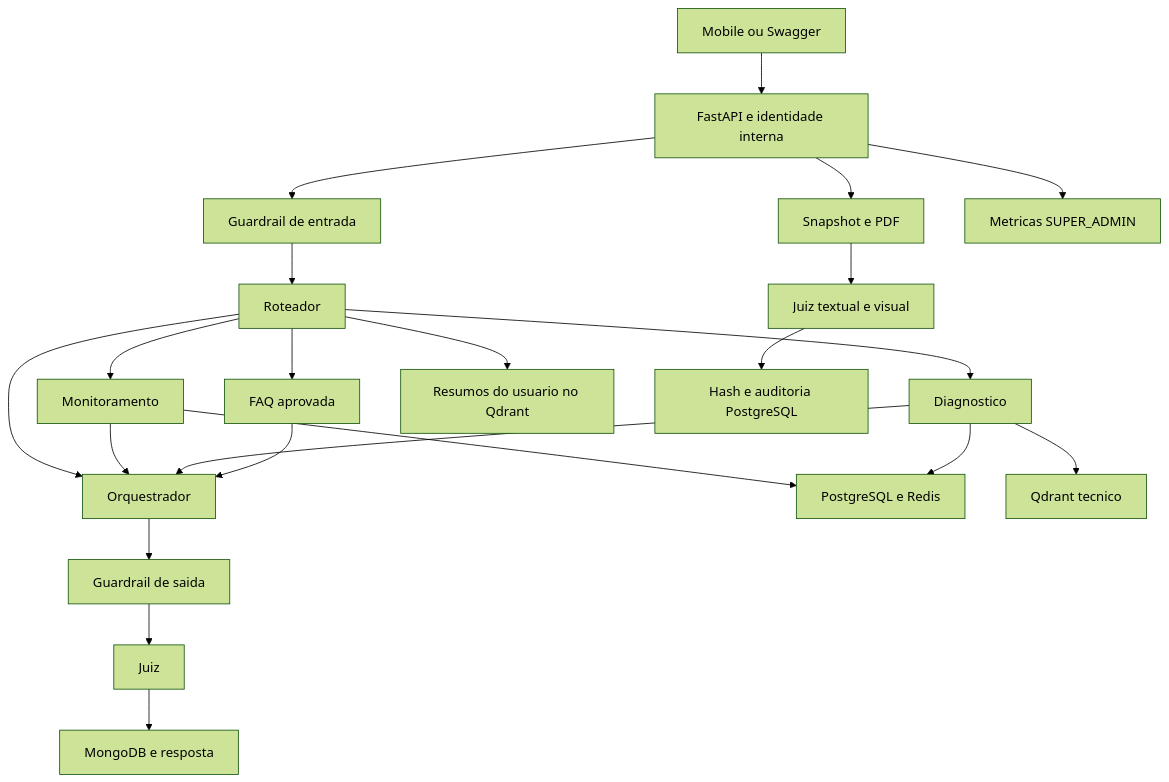
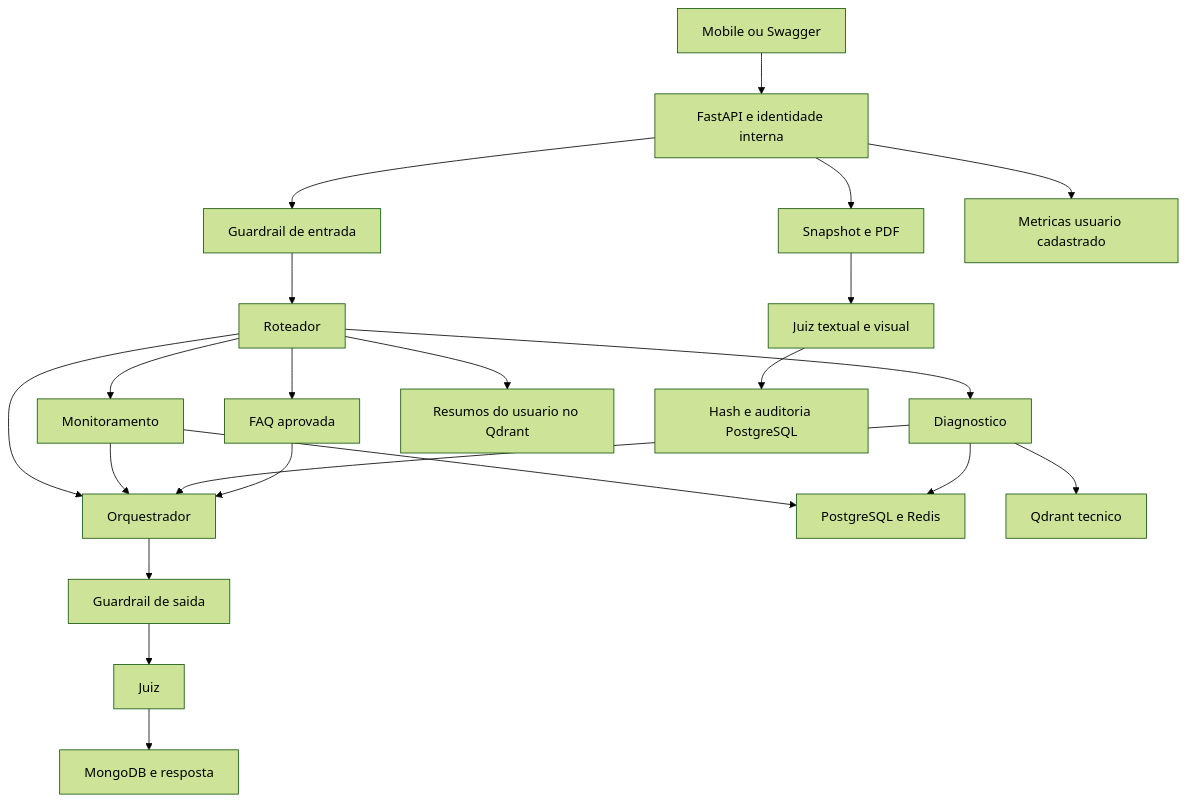
The diagram in TRIMMY.md (Skadi-Interdisciplinar/2_ano_back_ia), drawn with Mermaid (forest theme) before and after one commit. The commit also changed other lines of this file and 3 other files, not shown here.

````diff
--- a/TRIMMY.md
+++ b/TRIMMY.md
@@ -45,24 +45,24 @@
 ```mermaid
 flowchart TD
   Cliente["Mobile ou Swagger"] --> API["FastAPI e identidade interna"]
   API --> Entrada["Guardrail de entrada"]
   Entrada --> Roteador["Roteador"]
   Roteador --> Monitoramento["Monitoramento"]
   Roteador --> Diagnostico["Diagnostico"]
   Roteador --> FAQ["FAQ aprovada"]
   Roteador --> Orquestrador["Orquestrador"]
   Monitoramento --> Orquestrador
   Diagnostico --> Orquestrador
   FAQ --> Orquestrador
   Orquestrador --> Saida["Guardrail de saida"]
   Saida --> Juiz["Juiz"]
   Juiz --> Persistencia["MongoDB e resposta"]
   Monitoramento --> Dados["PostgreSQL e Redis"]
   Diagnostico --> Dados
   Diagnostico --> Regras["Qdrant tecnico"]
   Roteador --> Memoria["Resumos do usuario no Qdrant"]
   API --> PDF["Snapshot e PDF"]
   PDF --> JuizPDF["Juiz textual e visual"]
   JuizPDF --> Auditoria["Hash e auditoria PostgreSQL"]
-  API --> Metricas["Metricas SUPER_ADMIN"]
+  API --> Metricas["Metricas usuario cadastrado"]
 ```
````
